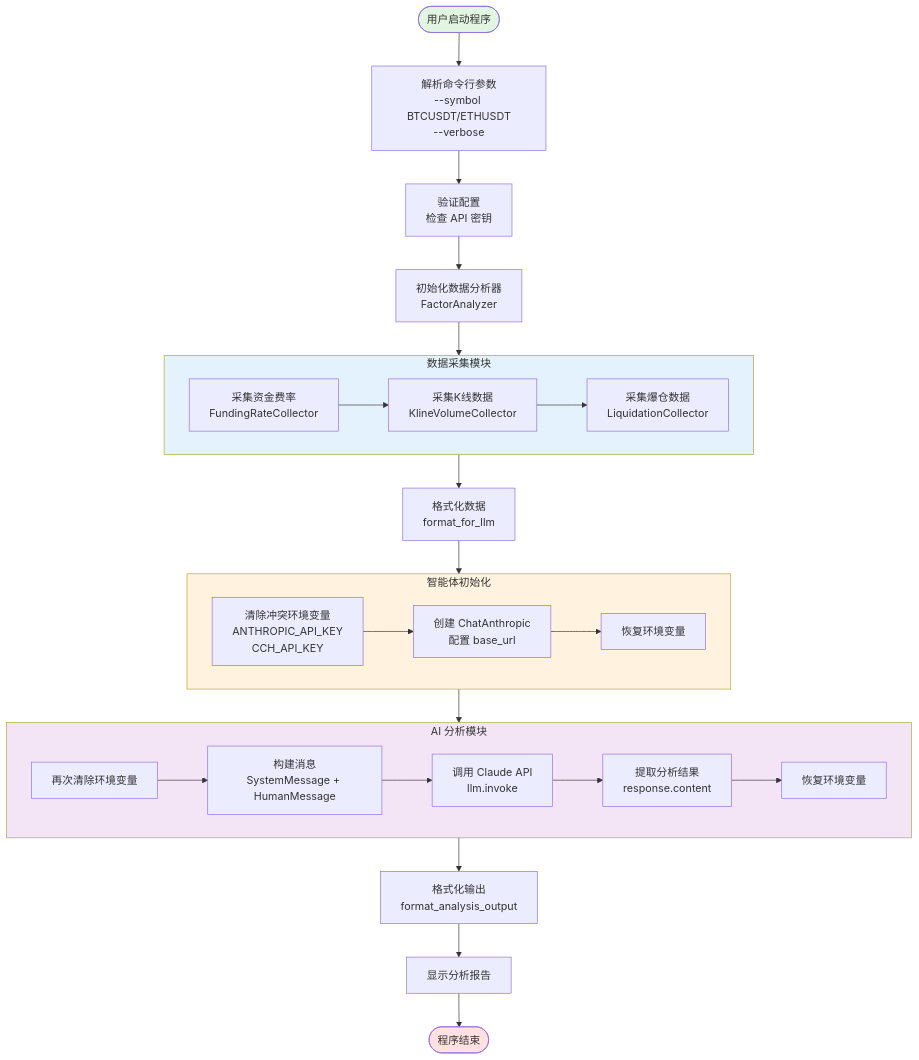
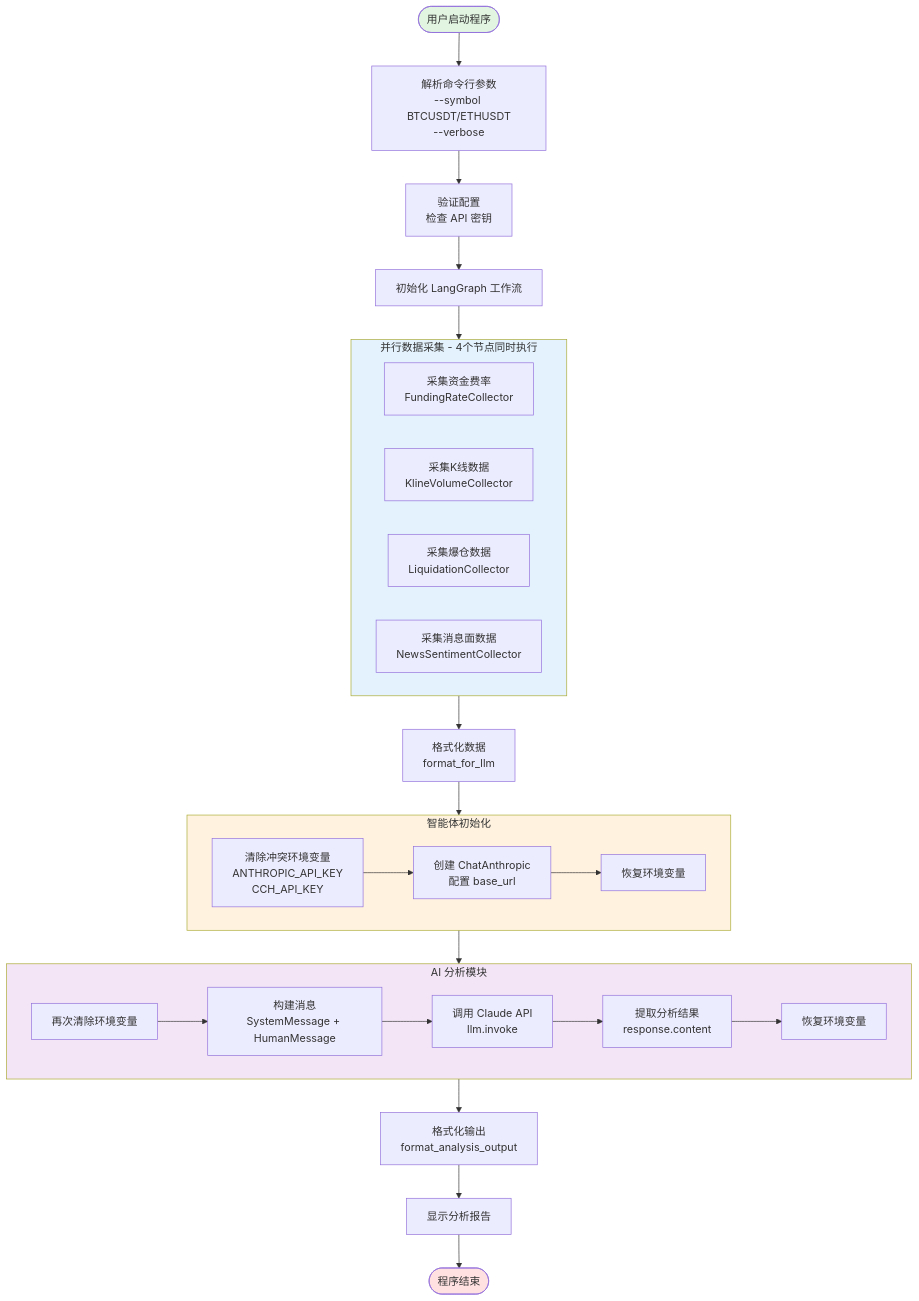
Before and after one commit to tangdafu/TRADEAGENT: the first of 9 diagrams in FLOWCHART.md, drawn with Mermaid. The commit also changed other lines of this file and 12 other files, not shown here.

````diff
--- a/FLOWCHART.md
+++ b/FLOWCHART.md
@@ -5,40 +5,42 @@
 ```mermaid
 graph TB
     Start([用户启动程序]) --> ParseArgs[解析命令行参数<br/>--symbol BTCUSDT/ETHUSDT<br/>--verbose]
     ParseArgs --> ValidateConfig[验证配置<br/>检查 API 密钥]
-    ValidateConfig --> InitAnalyzer[初始化数据分析器<br/>FactorAnalyzer]
+    ValidateConfig --> InitWorkflow[初始化 LangGraph 工作流]
 
-    InitAnalyzer --> DataCollection[数据采集阶段]
+    InitWorkflow --> ParallelCollection[并行数据采集阶段]
 
-    subgraph DataCollection [数据采集模块]
-        DC1[采集资金费率<br/>FundingRateCollector] --> DC2[采集K线数据<br/>KlineVolumeCollector]
-        DC2 --> DC3[采集爆仓数据<br/>LiquidationCollector]
+    subgraph ParallelCollection [并行数据采集 - 4个节点同时执行]
+        DC1[采集资金费率<br/>FundingRateCollector]
+        DC2[采集K线数据<br/>KlineVolumeCollector]
+        DC3[采集爆仓数据<br/>LiquidationCollector]
+        DC4[采集消息面数据<br/>NewsSentimentCollector]
     end
 
-    DataCollection --> FormatData[格式化数据<br/>format_for_llm]
+    ParallelCollection --> FormatData[格式化数据<br/>format_for_llm]
     FormatData --> InitAgent[初始化交易智能体<br/>TradingAgent]
 
     subgraph InitAgent [智能体初始化]
         IA1[清除冲突环境变量<br/>ANTHROPIC_API_KEY<br/>CCH_API_KEY] --> IA2[创建 ChatAnthropic<br/>配置 base_url]
         IA2 --> IA3[恢复环境变量]
     end
 
     InitAgent --> AIAnalysis[AI 分析阶段]
 
     subgraph AIAnalysis [AI 分析模块]
         AA1[再次清除环境变量] --> AA2[构建消息<br/>SystemMessage + HumanMessage]
         AA2 --> AA3[调用 Claude API<br/>llm.invoke]
         AA3 --> AA4[提取分析结果<br/>response.content]
         AA4 --> AA5[恢复环境变量]
     end
 
     AIAnalysis --> FormatOutput[格式化输出<br/>format_analysis_output]
     FormatOutput --> DisplayResult[显示分析报告]
     DisplayResult --> End([程序结束])
 
     style Start fill:#e1f5e1
     style End fill:#ffe1e1
-    style DataCollection fill:#e3f2fd
+    style ParallelCollection fill:#e3f2fd
     style InitAgent fill:#fff3e0
     style AIAnalysis fill:#f3e5f5
 ```
````
